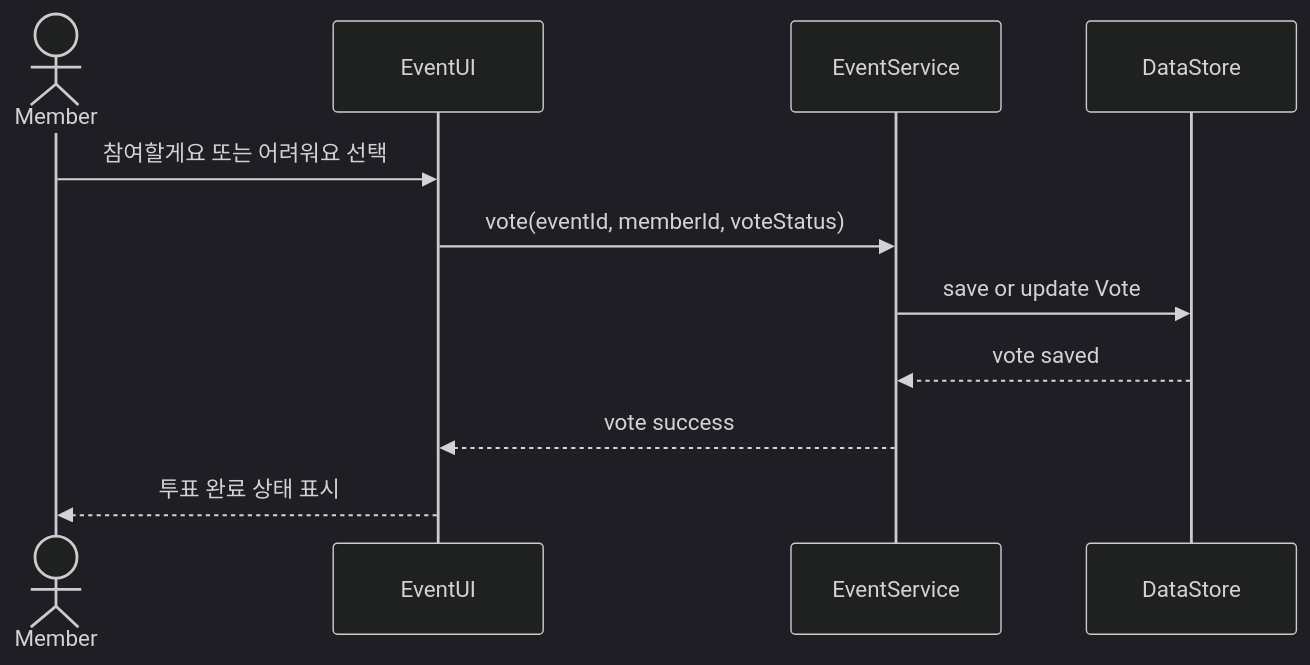
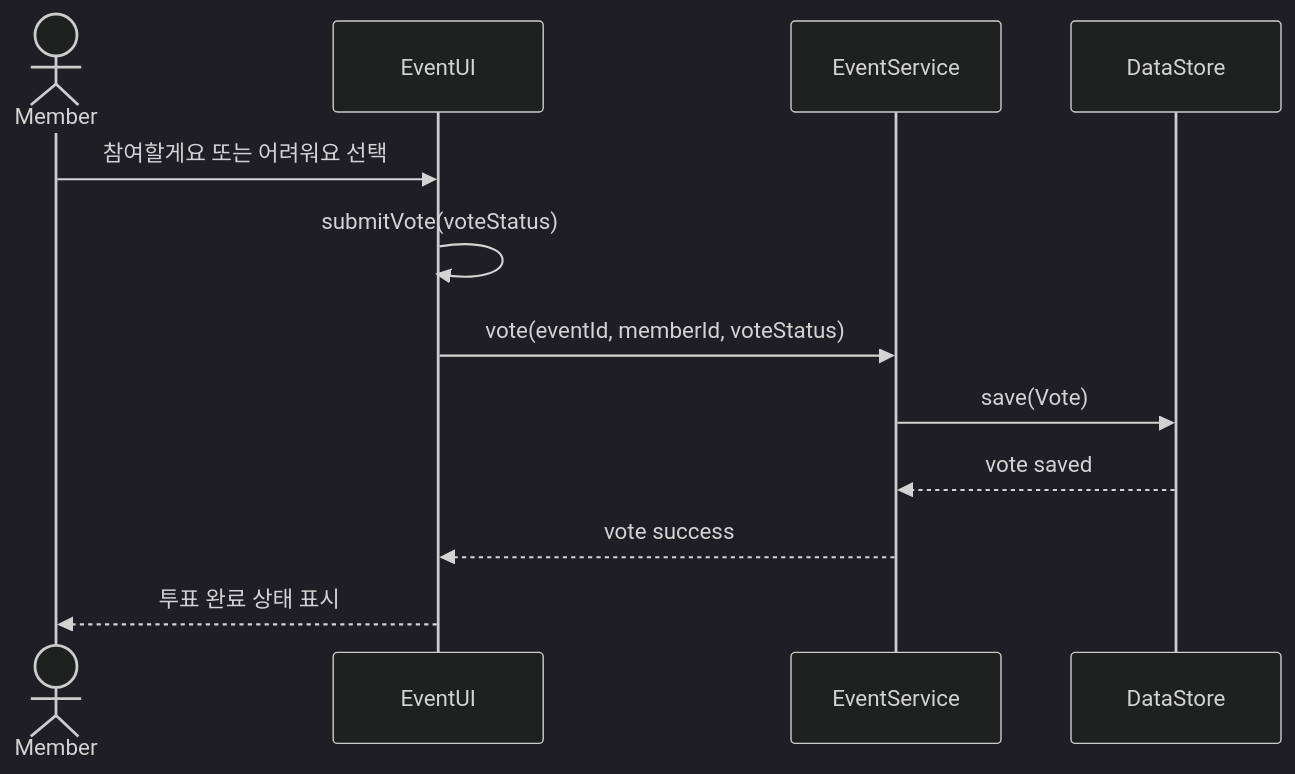
Diagram 11 of 16 in Design_22411923_홍주은.md (goldong23/Jo-Yul), drawn with Mermaid (dark theme) before and after one commit. The commit also changed other lines of this file, not shown here.

Commit message:
UML 다이어그램 강의 규칙 반영

````diff
--- a/Design_22411923_홍주은.md
+++ b/Design_22411923_홍주은.md
@@ -480,14 +565,15 @@
 ```mermaid
 sequenceDiagram
     actor Member
     participant EventUI
     participant EventService
     participant DataStore
 
     Member->>EventUI: 참여할게요 또는 어려워요 선택
+    EventUI->>EventUI: submitVote(voteStatus)
     EventUI->>EventService: vote(eventId, memberId, voteStatus)
-    EventService->>DataStore: save or update Vote
+    EventService->>DataStore: save(Vote)
     DataStore-->>EventService: vote saved
     EventService-->>EventUI: vote success
     EventUI-->>Member: 투표 완료 상태 표시
 ```
````
